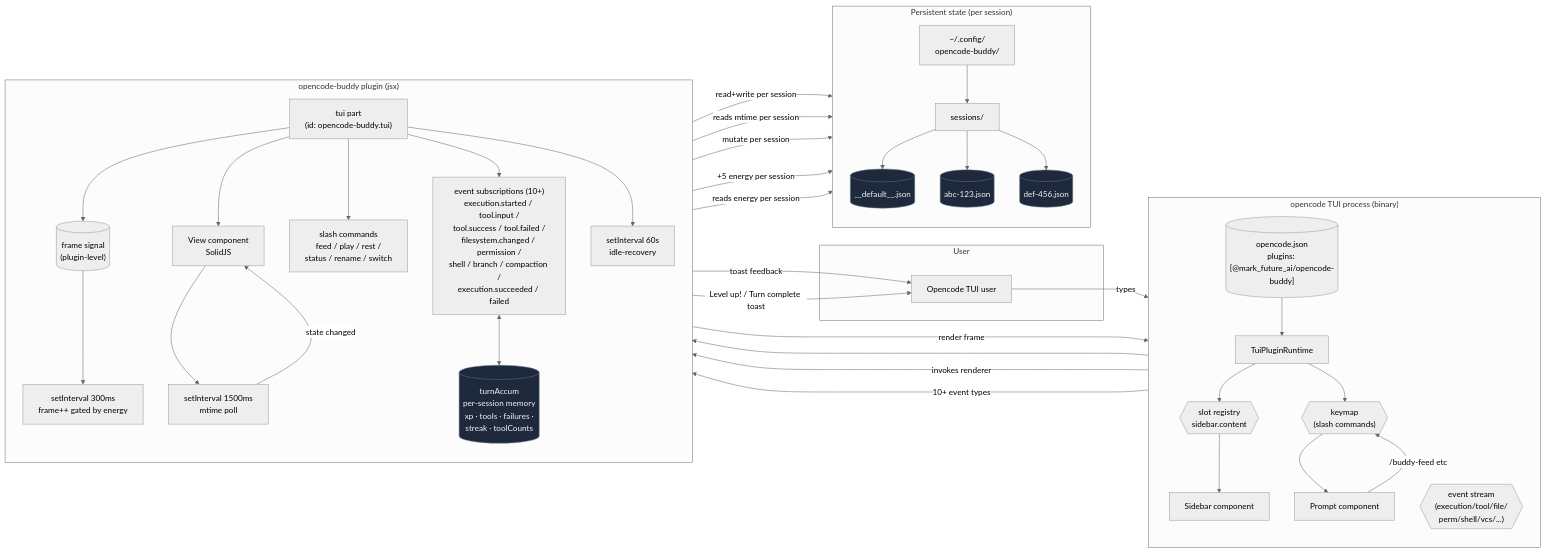
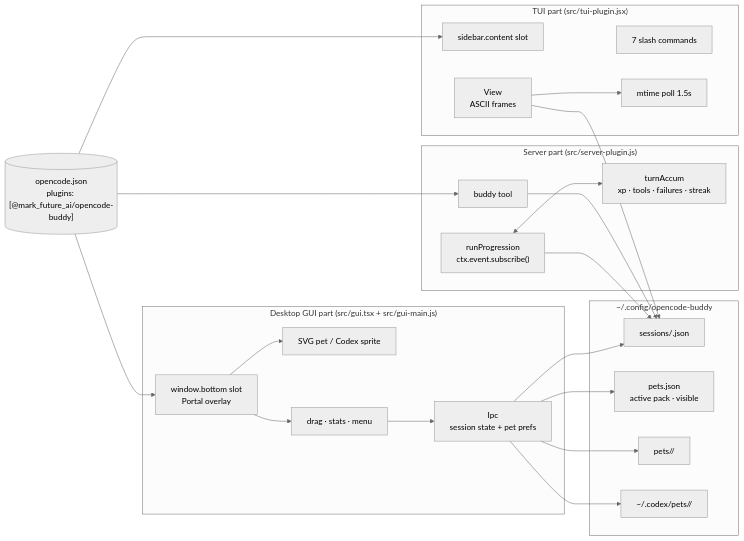
Before and after one commit to atlasmarkz/opencode-buddy: the diagram in README.md, drawn with Mermaid (neutral theme). The commit also changed other lines of this file and 1 other file, not shown here.

Commit message:
docs: refresh README for Desktop pet, custom packs, and visibility

````diff
--- a/README.md
+++ b/README.md
@@ -204,78 +224,47 @@
 ```mermaid
 flowchart LR
-    subgraph User
-        U[Opencode TUI user]
+    Config[("opencode.json<br/>plugins: [@mark_future_ai/opencode-buddy]")]
+
+    subgraph Server["Server part (src/server-plugin.js)"]
+        Tool["buddy tool"]
+        Progress["runProgression<br/>ctx.event.subscribe()"]
+        Accum["turnAccum<br/>xp · tools · failures · streak"]
+        Progress <--> Accum
     end
 
-    subgraph OpencodeTUI["opencode TUI process (binary)"]
-        direction TB
-        Config[("opencode.json<br/>plugins: [@mark_future_ai/opencode-buddy]")]
-        Runtime[TuiPluginRuntime]
-        Sidebar[Sidebar component]
-        Prompt[Prompt component]
-        Slots{{"slot registry<br/>sidebar.content"}}
-        Keymap{{"keymap<br/>(slash commands)"}}
-        Bus{{"event stream<br/>(execution/tool/file/<br/>perm/shell/vcs/...)"}}
-
-        Config --> Runtime
-        Runtime --> Slots
-        Runtime --> Keymap
-        Slots --> Sidebar
-        Keymap --> Prompt
+    subgraph TUI["TUI part (src/tui-plugin.jsx)"]
+        Slots["sidebar.content slot"]
+        Slash["7 slash commands"]
+        View["View<br/>ASCII frames"]
+        Poll["mtime poll 1.5s"]
+        View --> Poll
     end
 
-    subgraph Buddy["opencode-buddy plugin (jsx)"]
-        direction TB
-        TUIEntry["tui part<br/>(id: opencode-buddy.tui)"]
-        View[View component<br/>SolidJS]
-        FrameSignal[("frame signal<br/>(plugin-level)")]
-        AnimTick[setInterval 300ms<br/>frame++ gated by energy]
-        RefreshTick[setInterval 1500ms<br/>mtime poll]
-        IdleTimer[setInterval 60s<br/>idle-recovery]
-        Hooks["event subscriptions (10+)<br/>execution.started / tool.input /<br/>tool.success / tool.failed /<br/>filesystem.changed / permission /<br/>shell / branch / compaction /<br/>execution.succeeded / failed"]
-        TurnAccum[("turnAccum<br/>per-session memory<br/>xp · tools · failures ·<br/>streak · toolCounts")]
-        SlashCmds["slash commands<br/>feed / play / rest /<br/>status / rename / switch"]
-
-        TUIEntry --> FrameSignal
-        TUIEntry --> View
-        TUIEntry --> SlashCmds
-        TUIEntry --> Hooks
-        TUIEntry --> IdleTimer
-        FrameSignal --> AnimTick
-        View --> RefreshTick
-        Hooks <--> TurnAccum
+    subgraph Desktop["Desktop GUI part (src/gui.tsx + src/gui-main.js)"]
+        Overlay["window.bottom slot<br/>Portal overlay"]
+        Art["SVG pet / Codex sprite"]
+        Menu["drag · stats · menu"]
+        Ipc["Ipc<br/>session state + pet prefs"]
+        Overlay --> Art
+        Overlay --> Menu
+        Menu --> Ipc
     end
 
-    subgraph State["Persistent state (per session)"]
-        direction TB
-        StateRoot["~/.config/<br/>opencode-buddy/"]
-        SessionsDir["sessions/"]
-        Default[("__default__.json")]
-        Sess1[("abc-123.json")]
-        Sess2[("def-456.json")]
-
-        StateRoot --> SessionsDir
-        SessionsDir --> Default
-        SessionsDir --> Sess1
-        SessionsDir --> Sess2
+    subgraph Disk["~/.config/opencode-buddy"]
+        Sessions["sessions/<sessionID>.json"]
+        Prefs["pets.json<br/>active pack · visible"]
+        Packs["pets/<id>/"]
+        CodexPets["~/.codex/pets/<id>/"]
     end
 
-    U -->|types| Prompt
-    Prompt -->|/buddy-feed etc| Keymap
-    Keymap --> SlashCmds
-    SlashCmds -->|"read+write per session"| SessionsDir
-    SlashCmds -->|toast feedback| U
-
-    Slots -->|invokes renderer| View
-    View -->|render frame| Sidebar
-    View -->|"reads mtime per session"| SessionsDir
-    RefreshTick -->|state changed| View
-    Bus -->|10+ event types| Hooks
-    Hooks -->|"mutate per session"| SessionsDir
-    Hooks -->|Level up! / Turn complete toast| U
-    IdleTimer -->|"+5 energy per session"| SessionsDir
-    AnimTick -->|"reads energy per session"| SessionsDir
-
-    classDef store fill:#1e293b,stroke:#64748b,color:#f1f5f9
-    class Default,Sess1,Sess2,TurnAccum store
+    Config --> Tool
+    Config --> Slots
+    Config --> Overlay
+    Tool --> Sessions
+    Progress --> Sessions
+    View --> Sessions
+    Ipc --> Sessions
+    Ipc --> Prefs
+    Ipc --> Packs
+    Ipc --> CodexPets
 ```
````
